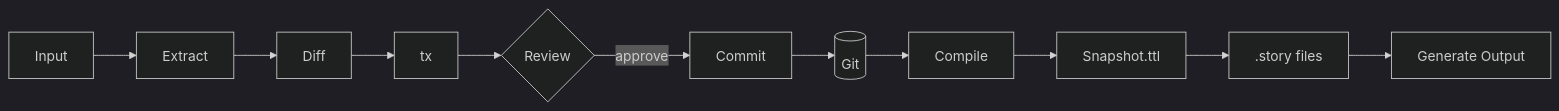
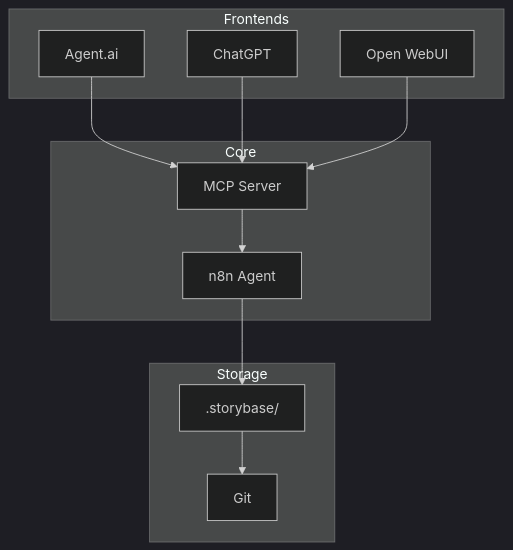
Before and after one commit to Synthetic-Identity-Co/conj-talk-2025: the second of 4 diagrams in presenter.md, drawn with Mermaid (dark theme). The commit also changed other lines of this file, not shown here.

Commit message:
story:  aea7077cb55f25c5aa98f5971b7a458a94326d3e

````diff
--- a/presenter.md
+++ b/presenter.md
@@ -165,13 +84,22 @@
 ```mermaid
-graph LR
-    Input[Input] --> Extract
-    Extract --> Diff
-    Diff --> TX[tx]
-    TX --> Review{Review}
-    Review -->|approve| Commit
-    Commit --> Git[(Git)]
-    Git --> Compile
-    Compile --> Snapshot[Snapshot.ttl]
-    Snapshot --> Story[.story files]
-    Story --> Generate[Generate Output]
+graph TB
+    subgraph Frontends
+        A[Agent.ai]
+        B[ChatGPT]
+        C[Open WebUI]
+    end
+    subgraph Core
+        D[MCP Server]
+        E[n8n Agent]
+    end
+    subgraph Storage
+        F[.storybase/]
+        G[Git]
+    end
+    A --> D
+    B --> D
+    C --> D
+    D --> E
+    E --> F
+    F --> G
 ```
````
